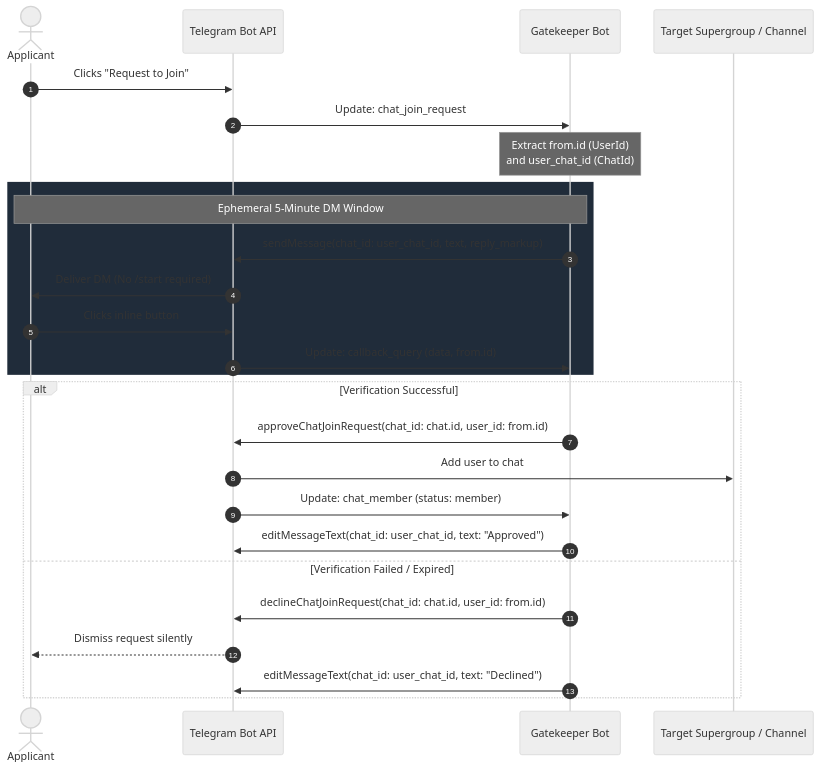
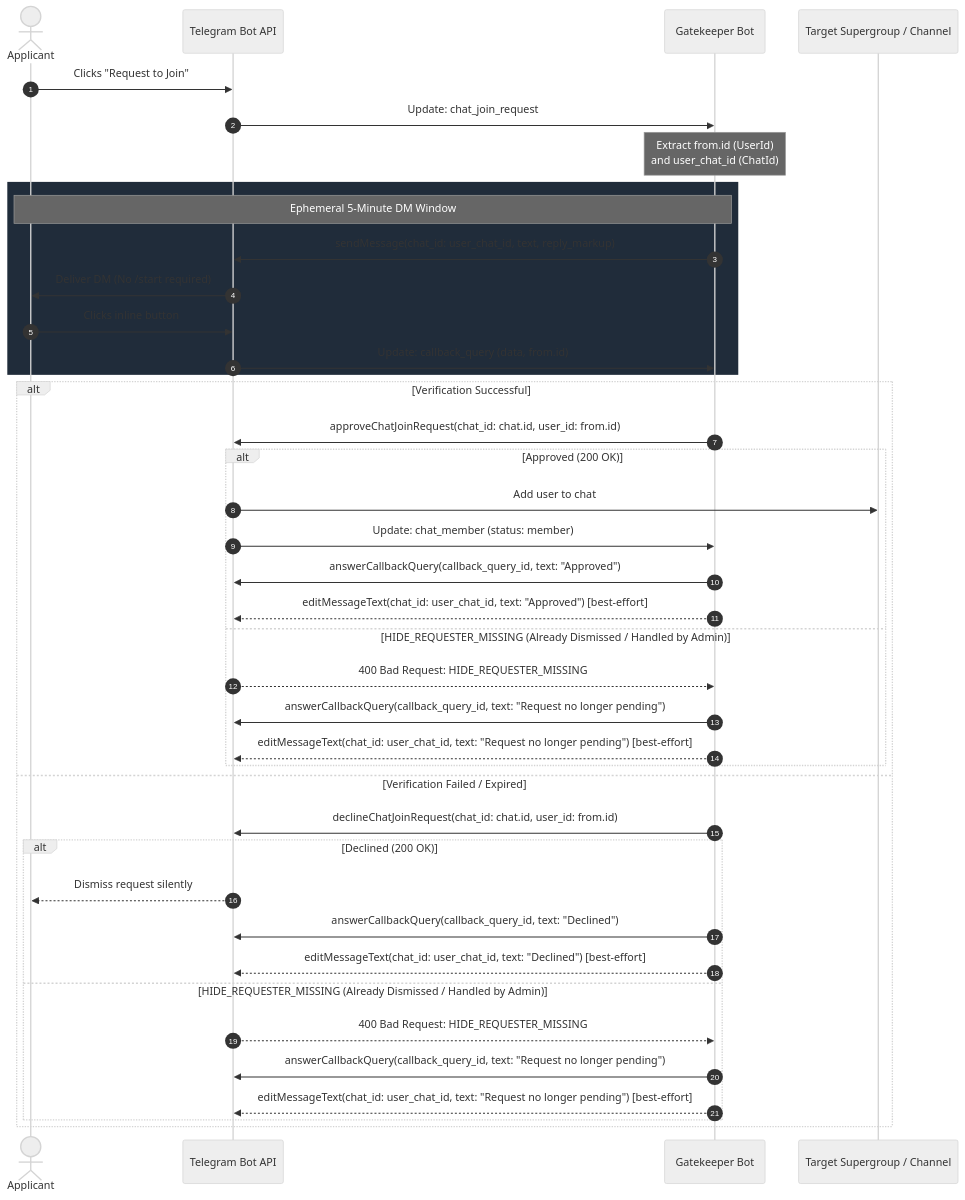
The diagram in docs/domain/telegram-join-requests.md (0xkhalz/botifil), drawn with Mermaid (neutral theme) before and after one commit. The commit also changed other lines of this file and 2 other files, not shown here.

Commit message:
docs(join-request): enforce resolve-before-feedback ordering

````diff
--- a/docs/domain/telegram-join-requests.md
+++ b/docs/domain/telegram-join-requests.md
@@ -9,29 +9,43 @@
 ```mermaid
 sequenceDiagram
     autonumber
     actor User as Applicant
     participant TG as Telegram Bot API
     participant Bot as Gatekeeper Bot
     participant Group as Target Supergroup / Channel
 
     User->>TG: Clicks "Request to Join"
     TG->>Bot: Update: chat_join_request
     Note over Bot: Extract from.id (UserId)<br/>and user_chat_id (ChatId)
     rect rgb(32, 44, 58)
         Note over Bot,User: Ephemeral 5-Minute DM Window
         Bot->>TG: sendMessage(chat_id: user_chat_id, text, reply_markup)
         TG->>User: Deliver DM (No /start required)
         User->>TG: Clicks inline button
         TG->>Bot: Update: callback_query (data, from.id)
     end
     alt Verification Successful
         Bot->>TG: approveChatJoinRequest(chat_id: chat.id, user_id: from.id)
-        TG->>Group: Add user to chat
-        TG->>Bot: Update: chat_member (status: member)
-        Bot->>TG: editMessageText(chat_id: user_chat_id, text: "Approved")
+        alt Approved (200 OK)
+            TG->>Group: Add user to chat
+            TG->>Bot: Update: chat_member (status: member)
+            Bot->>TG: answerCallbackQuery(callback_query_id, text: "Approved")
+            Bot-->>TG: editMessageText(chat_id: user_chat_id, text: "Approved") [best-effort]
+        else HIDE_REQUESTER_MISSING (Already Dismissed / Handled by Admin)
+            TG-->>Bot: 400 Bad Request: HIDE_REQUESTER_MISSING
+            Bot->>TG: answerCallbackQuery(callback_query_id, text: "Request no longer pending")
+            Bot-->>TG: editMessageText(chat_id: user_chat_id, text: "Request no longer pending") [best-effort]
+        end
     else Verification Failed / Expired
         Bot->>TG: declineChatJoinRequest(chat_id: chat.id, user_id: from.id)
-        TG-->>User: Dismiss request silently
-        Bot->>TG: editMessageText(chat_id: user_chat_id, text: "Declined")
+        alt Declined (200 OK)
+            TG-->>User: Dismiss request silently
+            Bot->>TG: answerCallbackQuery(callback_query_id, text: "Declined")
+            Bot-->>TG: editMessageText(chat_id: user_chat_id, text: "Declined") [best-effort]
+        else HIDE_REQUESTER_MISSING (Already Dismissed / Handled by Admin)
+            TG-->>Bot: 400 Bad Request: HIDE_REQUESTER_MISSING
+            Bot->>TG: answerCallbackQuery(callback_query_id, text: "Request no longer pending")
+            Bot-->>TG: editMessageText(chat_id: user_chat_id, text: "Request no longer pending") [best-effort]
+        end
     end
 ```
````
